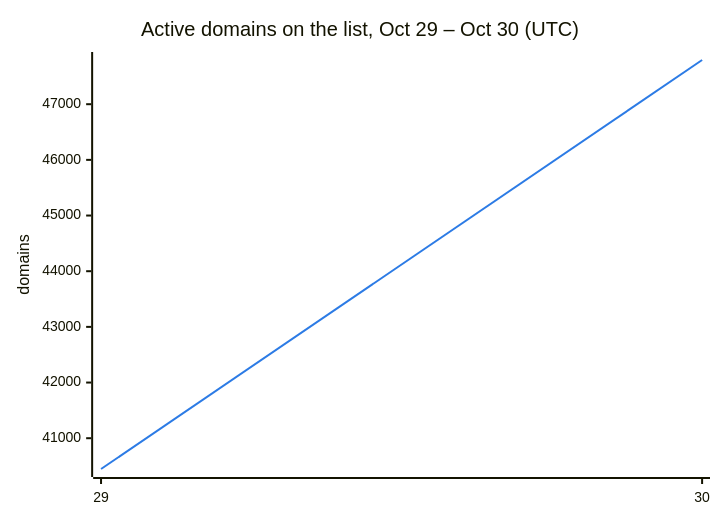
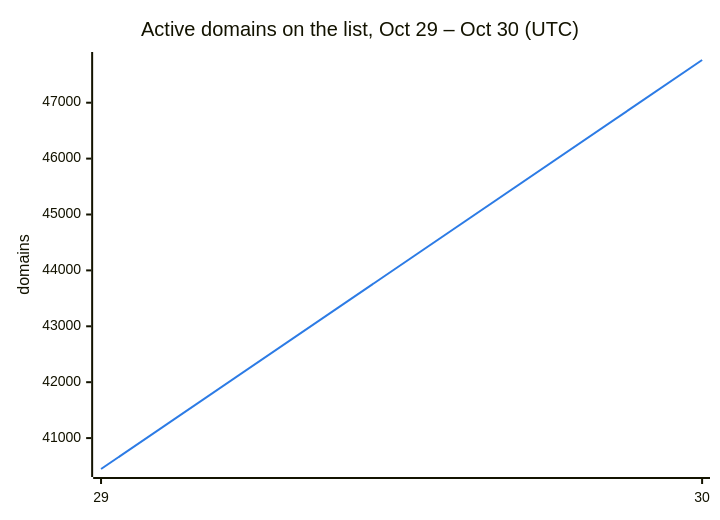
Before and after one commit to DNSBunker/CTI: the second of 3 diagrams in README.md, drawn with Mermaid. The commit also changed other lines of this file and 3 other files, not shown here.

````diff
--- a/README.md
+++ b/README.md
@@ -38,8 +38,8 @@
 ```mermaid
 %%{init: {"themeVariables": {"xyChart": {"plotColorPalette": "#2c7be5"}}}}%%
 xychart-beta
     title "Active domains on the list, Oct 29 – Oct 30 (UTC)"
     x-axis ["29", "30"]
     y-axis "domains"
-    line [40447, 47794]
+    line [40447, 47764]
 ```
````
